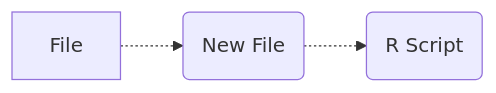
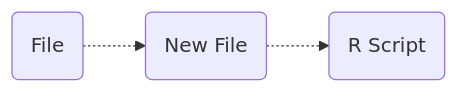
One commit to bougioukas/practical_stats_med-r changed the first of 3 diagrams in intro_rstudio.qmd. Above: the diagram before and after it, drawn with Mermaid. The commit also changed other lines of this file and 45 other files, not shown here.

````diff
--- a/intro_rstudio.qmd
+++ b/intro_rstudio.qmd
@@ -82,4 +82,4 @@
 ```{mermaid}
 flowchart LR
-  A[File] -.-> B(New File) -.-> C(R Script)
+  A(File) -.-> B(New File) -.-> C(R Script)
 ```
````
